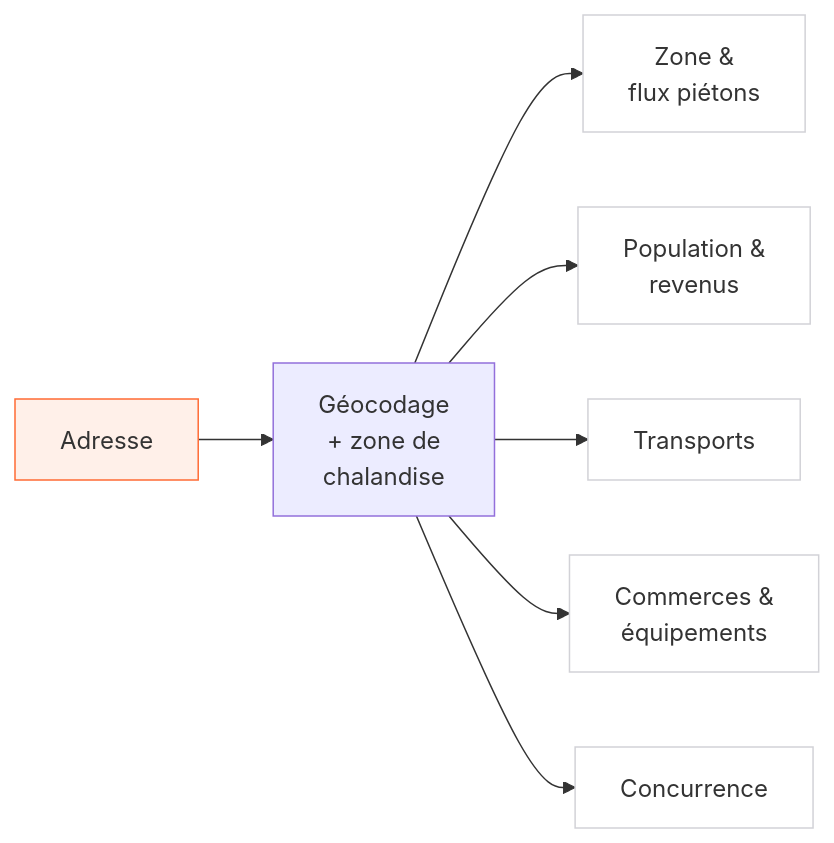
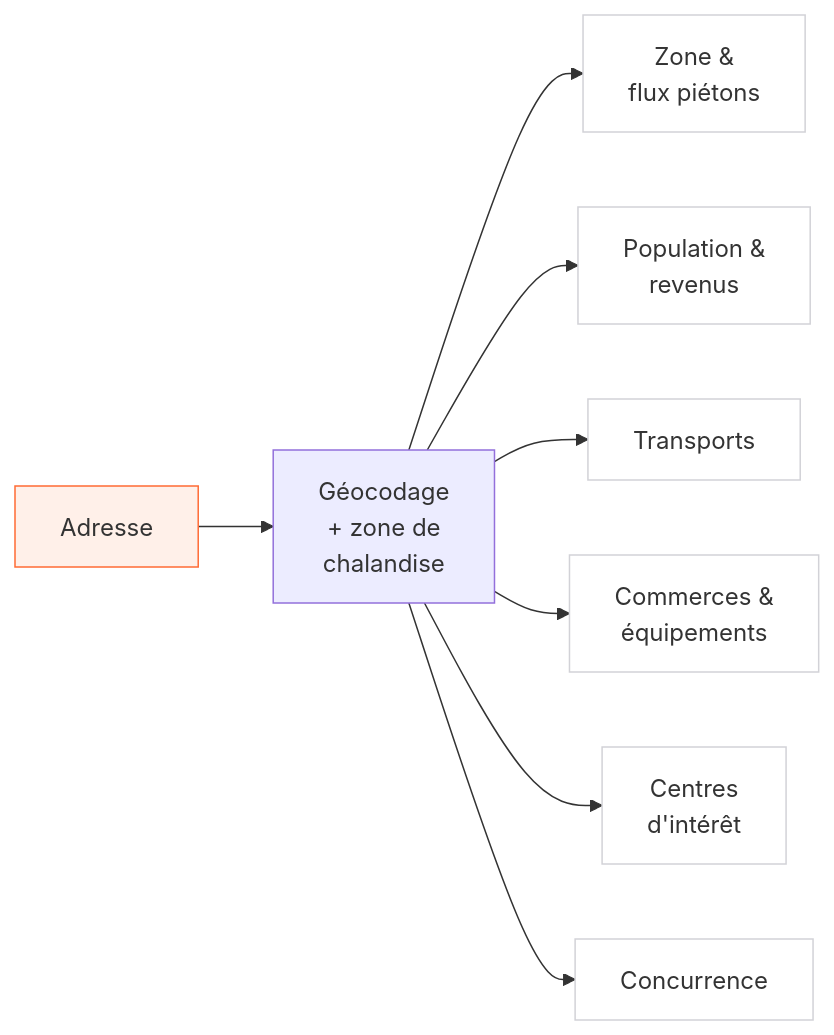
The first of 6 diagrams in content/applications.md (jbdaudet/leplusgrandnombre), drawn with Mermaid before and after one commit. The commit also changed other lines of this file, not shown here.

First line of the commit message:
Geomarketing : ajout section Centres d'intérêt (API Meta) + Google Places v1

```diff
--- a/content/applications.md
+++ b/content/applications.md
@@ -25,16 +25,18 @@
 {{< mermaid >}}
 flowchart LR
     A["Adresse"] --> B["Géocodage\n+ zone de\nchalandise"]
     B --> C["Zone &\nflux piétons"]
     B --> D["Population &\nrevenus"]
     B --> E["Transports"]
     B --> F["Commerces &\néquipements"]
+    B --> H["Centres\nd'intérêt"]
     B --> G["Concurrence"]
 
     style A fill:#FFF0E9,stroke:#FF6B35
     style C fill:#ffffff,stroke:#d2d2d7
     style D fill:#ffffff,stroke:#d2d2d7
     style E fill:#ffffff,stroke:#d2d2d7
     style F fill:#ffffff,stroke:#d2d2d7
+    style H fill:#ffffff,stroke:#d2d2d7
     style G fill:#ffffff,stroke:#d2d2d7
 {{< /mermaid >}}
```
